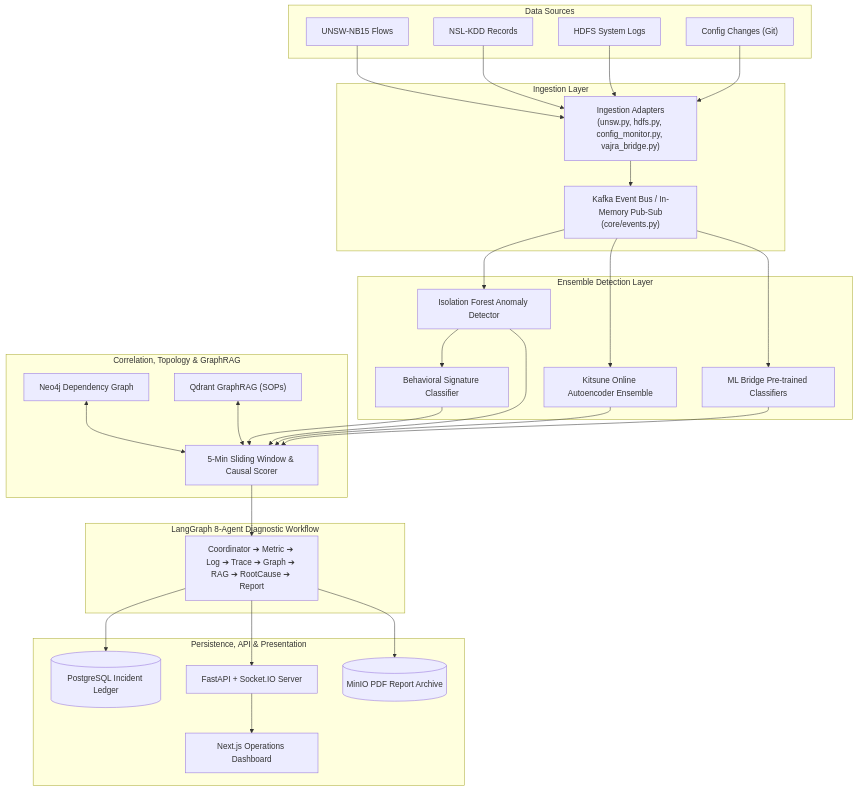
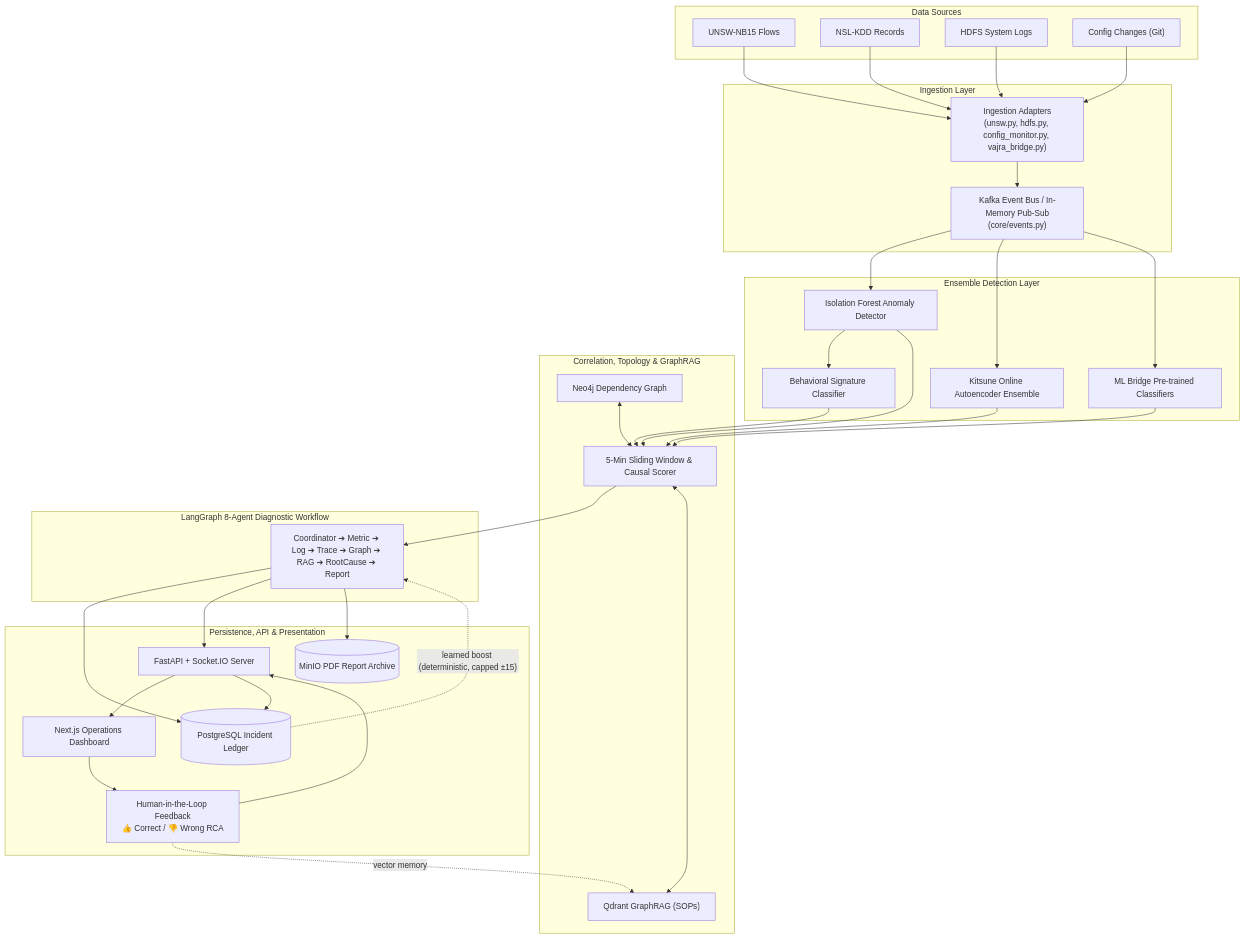
One commit to agam1092005/Vajra-RCA changed the first of 2 diagrams in README.md. Above: the diagram before and after it, drawn with Mermaid. The commit also changed other lines of this file and 12 other files, not shown here.

Commit message:
Human-in-the-loop feedback logic added

````diff
--- a/README.md
+++ b/README.md
@@ -765,54 +792,61 @@
 ```mermaid
 graph TD
     subgraph DataSources["Data Sources"]
         UNSW["UNSW-NB15 Flows"]
         NSL["NSL-KDD Records"]
         HDFS["HDFS System Logs"]
         Config["Config Changes (Git)"]
     end
 
     subgraph Ingestion["Ingestion Layer"]
         Adapters["Ingestion Adapters<br/>(unsw.py, hdfs.py, config_monitor.py, vajra_bridge.py)"]
         EventBus["Kafka Event Bus / In-Memory Pub-Sub<br/>(core/events.py)"]
     end
 
     subgraph Detection["Ensemble Detection Layer"]
         IForest["Isolation Forest Anomaly Detector"]
         Kitsune["Kitsune Online Autoencoder Ensemble"]
         MLBridge["ML Bridge Pre-trained Classifiers"]
         Sigs["Behavioral Signature Classifier"]
     end
 
     subgraph Correlation["Correlation, Topology & GraphRAG"]
         Neo4j["Neo4j Dependency Graph"]
         GraphRAG["Qdrant GraphRAG (SOPs)"]
         SlidingWindow["5-Min Sliding Window & Causal Scorer"]
     end
 
     subgraph Pipeline["LangGraph 8-Agent Diagnostic Workflow"]
         Agents["Coordinator ➔ Metric ➔ Log ➔ Trace ➔ Graph ➔ RAG ➔ RootCause ➔ Report"]
     end
 
     subgraph Outputs["Persistence, API & Presentation"]
         Postgres[(PostgreSQL Incident Ledger)]
         FastAPI["FastAPI + Socket.IO Server"]
         MinIO[(MinIO PDF Report Archive)]
         Dashboard["Next.js Operations Dashboard"]
+        Feedback["Human-in-the-Loop Feedback<br/>👍 Correct / 👎 Wrong RCA"]
     end
 
     UNSW & NSL & HDFS & Config --> Adapters
     Adapters --> EventBus
     EventBus --> IForest & Kitsune & MLBridge
     IForest --> Sigs
     
     IForest & Kitsune & MLBridge & Sigs --> SlidingWindow
     Neo4j <--> SlidingWindow
     GraphRAG <--> SlidingWindow
 
     SlidingWindow --> Agents
     
     Agents --> Postgres
     Agents --> FastAPI
     Agents --> MinIO
     FastAPI --> Dashboard
+
+    Dashboard --> Feedback
+    Feedback --> FastAPI
+    FastAPI --> Postgres
+    Postgres -. "learned boost (deterministic, capped ±15)" .-> Agents
+    Feedback -. "vector memory" .-> GraphRAG
 ```
````
